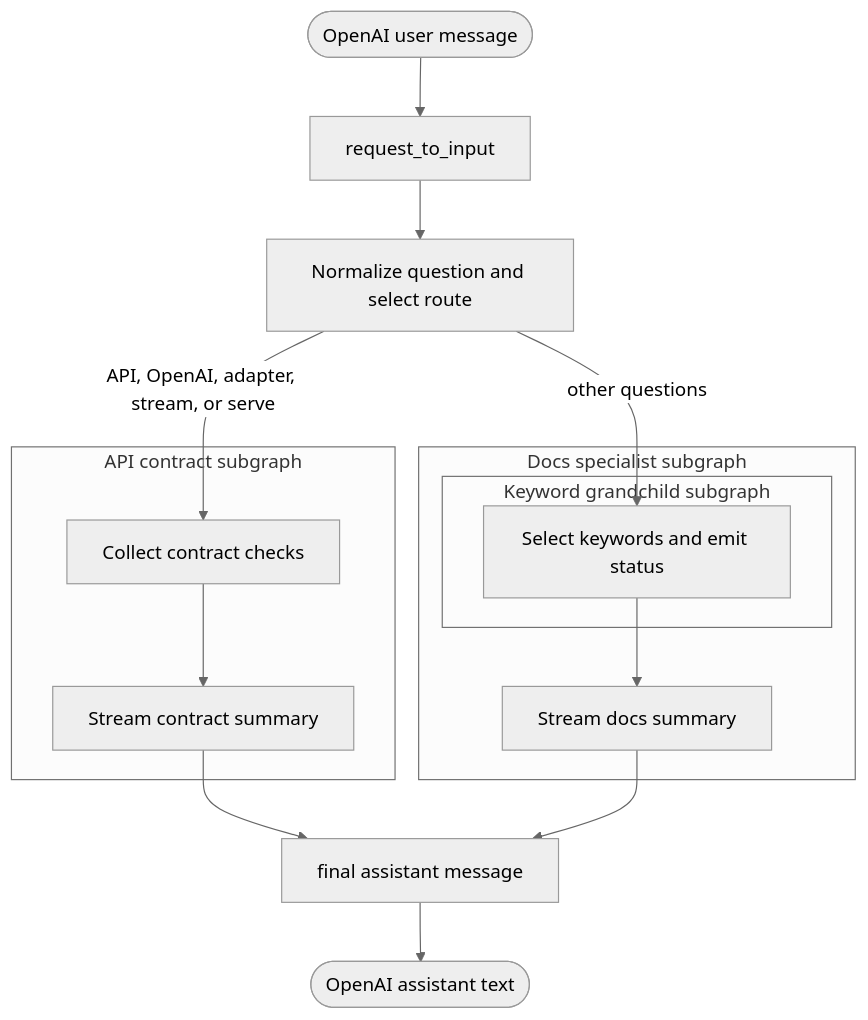
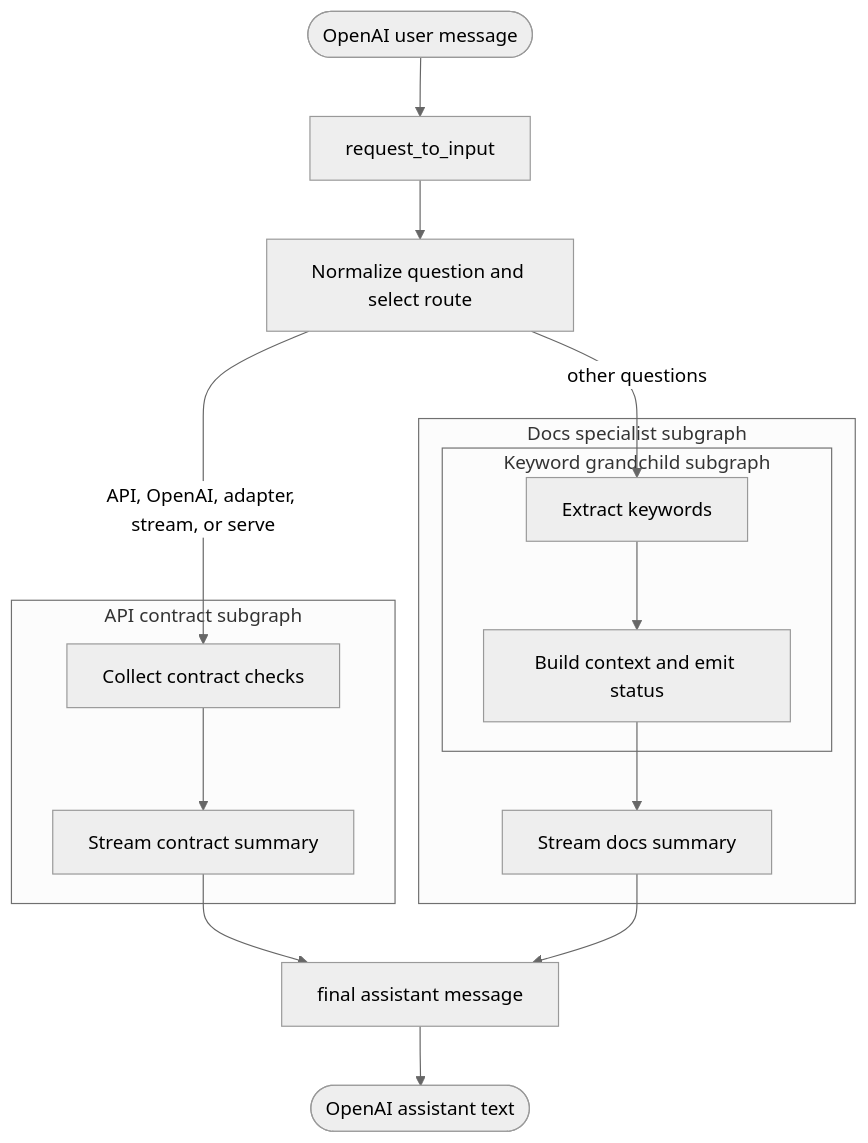
Before and after one commit to ilkersigirci/langgraph-openai-serve: the second of 2 diagrams in docs/demo/graphs/complex-subgraphs.md, drawn with Mermaid (neutral theme). The commit also changed other lines of this file and 49 other files, not shown here.

````diff
--- a/docs/demo/graphs/complex-subgraphs.md
+++ b/docs/demo/graphs/complex-subgraphs.md
@@ -9,22 +33,22 @@
 ```mermaid
 flowchart TD
   request([OpenAI user message]) --> adapter["request_to_input"]
   adapter --> route["Normalize question and select route"]
 
   subgraph api["API contract subgraph"]
     checks["Collect contract checks"] --> api_summary["Stream contract summary"]
   end
 
   subgraph docs["Docs specialist subgraph"]
     subgraph keywords["Keyword grandchild subgraph"]
-      extract["Select keywords and emit status"]
+      extract["Extract keywords"] --> prepare["Build context and emit status"]
     end
-    extract --> docs_summary["Stream docs summary"]
+    prepare --> docs_summary["Stream docs summary"]
   end
 
   route -->|"API, OpenAI, adapter, stream, or serve"| checks
   route -->|"other questions"| extract
   api_summary --> output["final assistant message"]
   docs_summary --> output
   output --> response([OpenAI assistant text])
 ```
````
